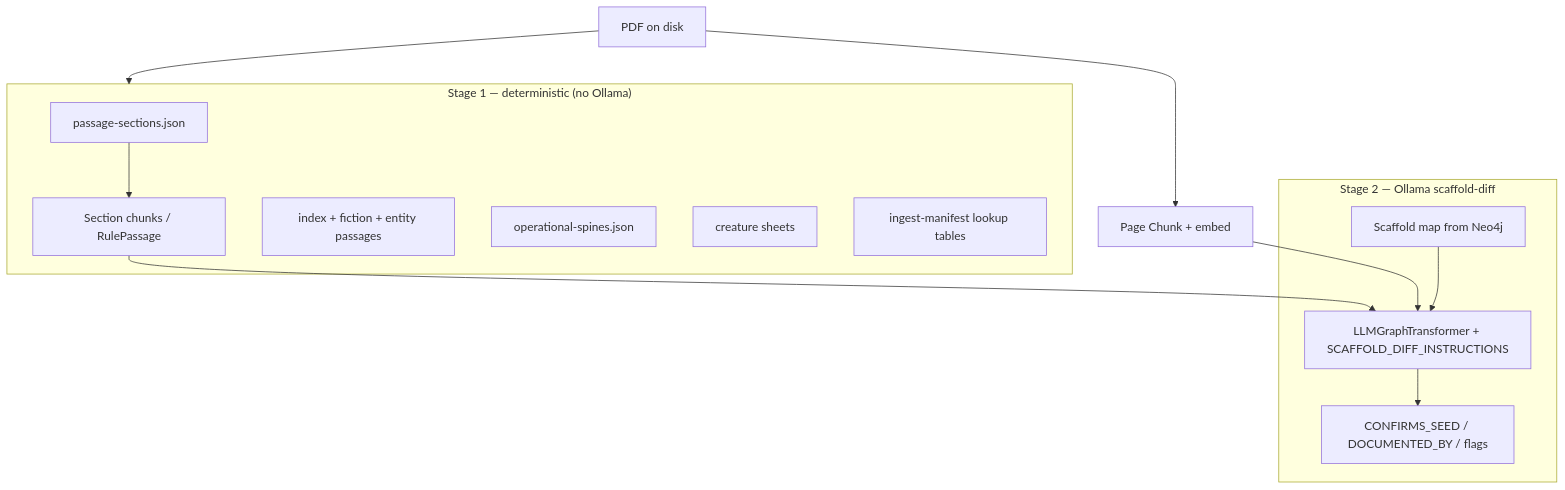
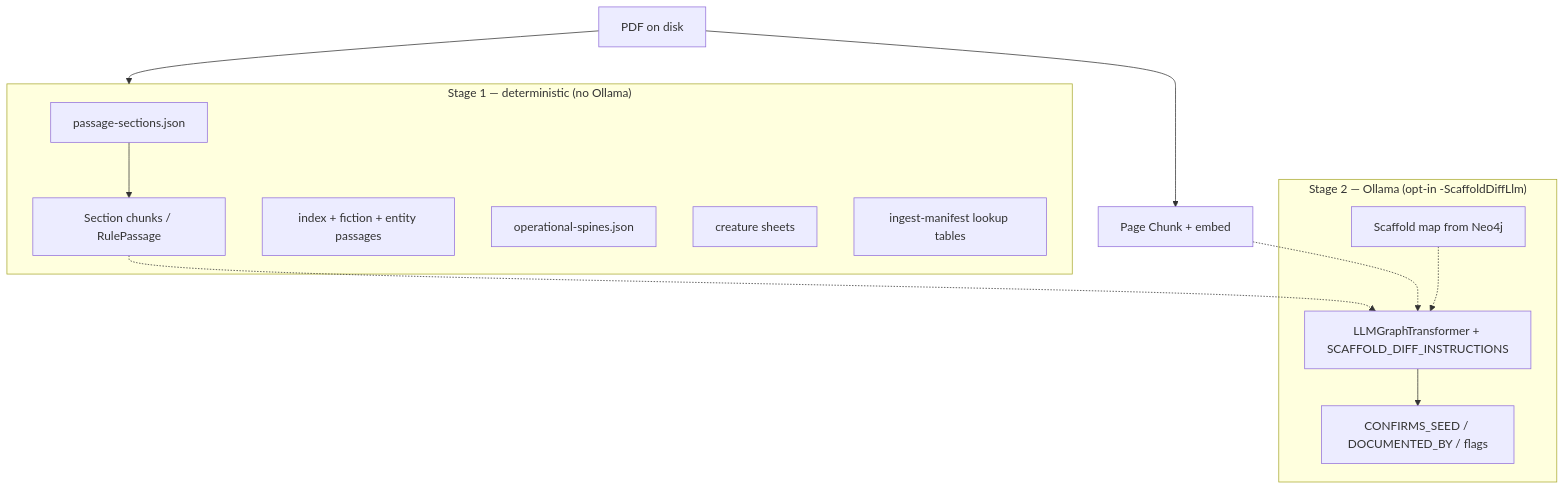
The first of 2 diagrams in design.md (MAOShea/pdf-graph-builder), drawn with Mermaid before and after one commit. The commit also changed other lines of this file and 14 other files, not shown here.

````diff
--- a/design.md
+++ b/design.md
@@ -105,21 +105,21 @@
 ```mermaid
 flowchart TB
   subgraph Contracts["Stage 1 — deterministic (no Ollama)"]
     A[passage-sections.json] --> B[Section chunks / RulePassage]
     C[index + fiction + entity passages]
     D[operational-spines.json]
     E[creature sheets]
     F[ingest-manifest lookup tables]
   end
-  subgraph LLM["Stage 2 — Ollama scaffold-diff"]
+  subgraph LLM["Stage 2 — Ollama (opt-in -ScaffoldDiffLlm)"]
     G[Scaffold map from Neo4j]
     H[LLMGraphTransformer + SCAFFOLD_DIFF_INSTRUCTIONS]
     I[CONFIRMS_SEED / DOCUMENTED_BY / flags]
   end
   PDF[PDF on disk] --> Contracts
   PDF --> Chunks[Page Chunk + embed]
-  B --> H
-  Chunks --> H
-  G --> H
+  B -.-> H
+  Chunks -.-> H
+  G -.-> H
   H --> I
 ```
````
